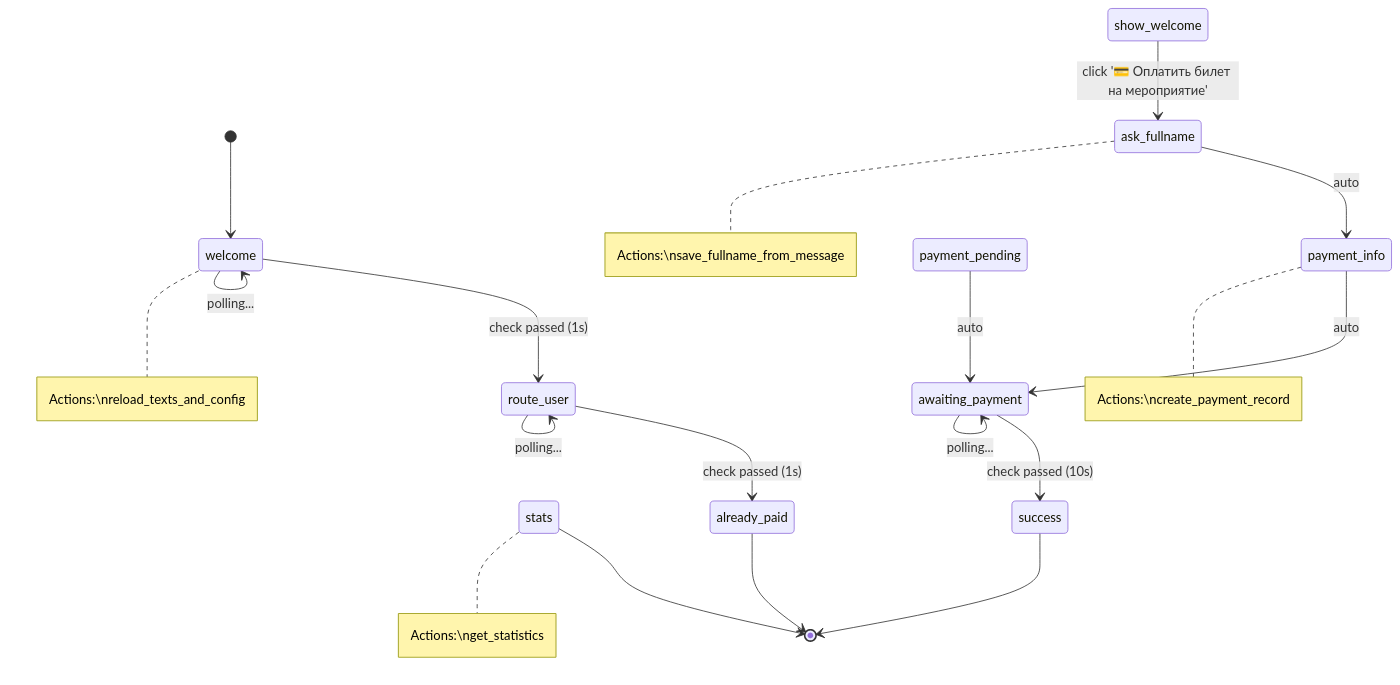
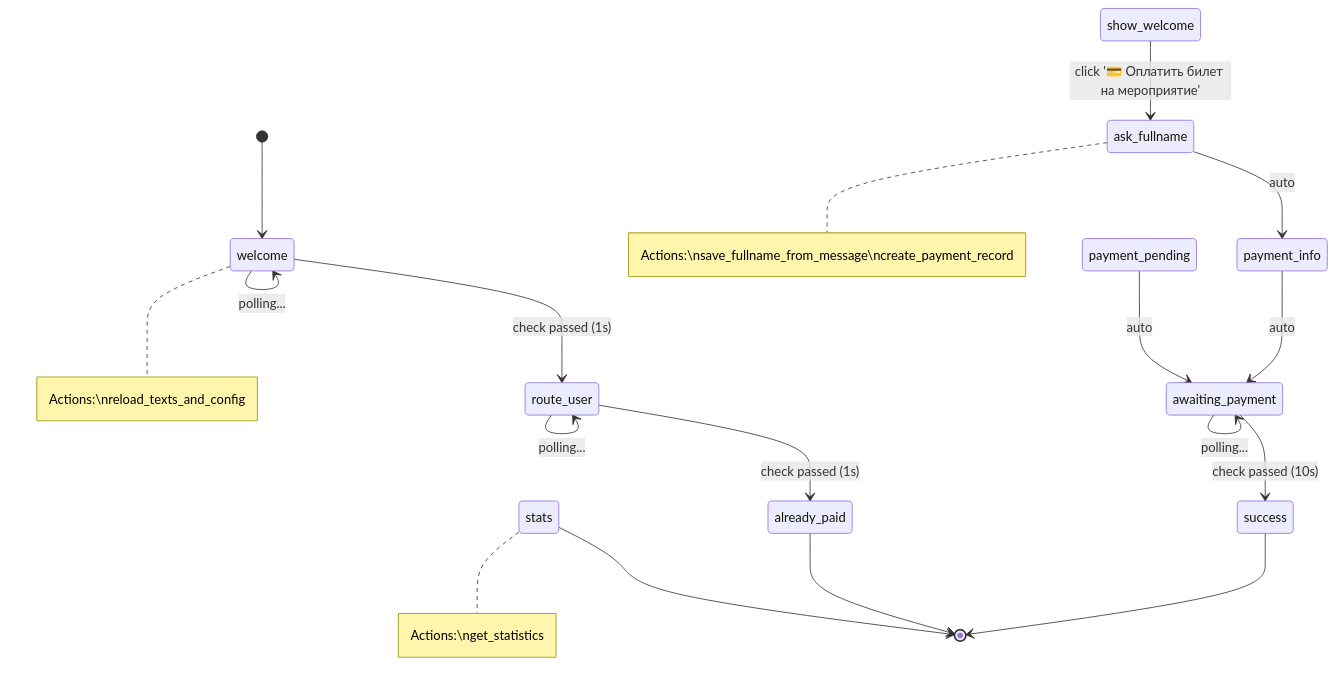
The diagram in docs/payment_flow.md (Jacke/meetping), drawn with Mermaid before and after one commit. The commit also changed 2 other files, not shown here.

Commit message:
chore(structure): add flow chart for bots 3

````diff
--- a/docs/payment_flow.md
+++ b/docs/payment_flow.md
@@ -3,29 +3,26 @@
 ```mermaid
 stateDiagram-v2
     [*] --> welcome
     welcome --> route_user: check passed (1s)
     welcome --> welcome: polling...
     note right of welcome
         Actions:\nreload_texts_and_config
     end note
     route_user --> already_paid: check passed (1s)
     route_user --> route_user: polling...
     show_welcome --> ask_fullname: click '💳 Оплатить билет на мероприятие'
     ask_fullname --> payment_info: auto
     note right of ask_fullname
-        Actions:\nsave_fullname_from_message
+        Actions:\nsave_fullname_from_message\ncreate_payment_record
     end note
     payment_pending --> awaiting_payment: auto
     already_paid --> [*]
     payment_info --> awaiting_payment: auto
-    note right of payment_info
-        Actions:\ncreate_payment_record
-    end note
     awaiting_payment --> success: check passed (10s)
     awaiting_payment --> awaiting_payment: polling...
     success --> [*]
     stats --> [*]
     note right of stats
         Actions:\nget_statistics
     end note
 ```
````
